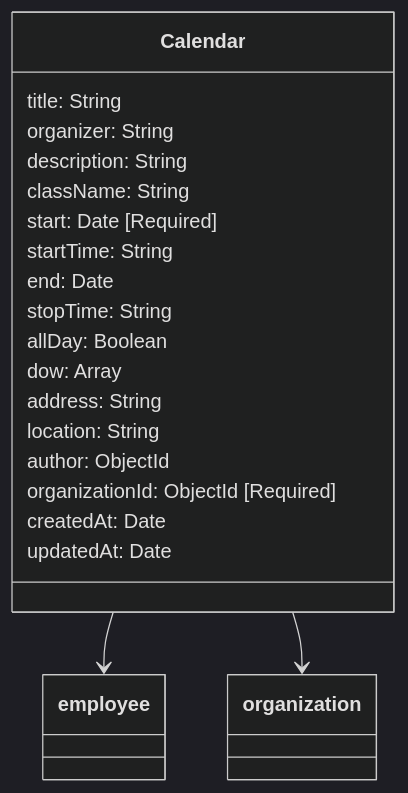
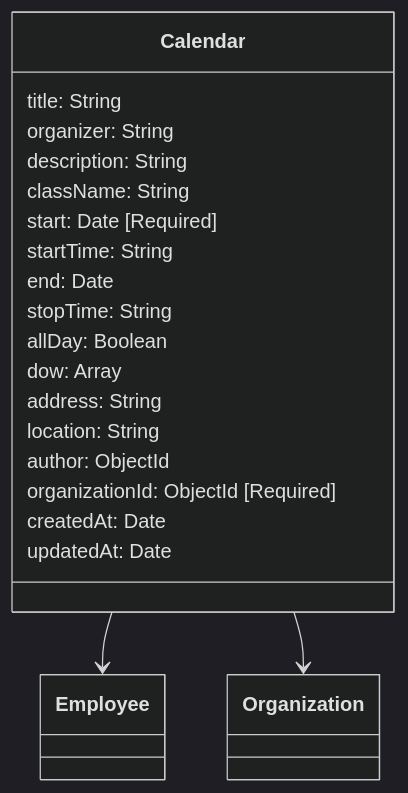
One commit to Budeshi-Products/workflowPadi-Schemas changed the diagram in schema-visualizations/Calendar.mmd. Above: the diagram before and after it, drawn with Mermaid (dark theme). The commit also changed 75 other files, not shown here.

```diff
--- a/schema-visualizations/Calendar.mmd
+++ b/schema-visualizations/Calendar.mmd
@@ -1,22 +1,22 @@
 classDiagram
   class Calendar {
     title: String
     organizer: String
     description: String
     className: String
     start: Date [Required]
     startTime: String
     end: Date
     stopTime: String
     allDay: Boolean
     dow: Array
     address: String
     location: String
     author: ObjectId
     organizationId: ObjectId [Required]
     createdAt: Date
     updatedAt: Date
   }
 
-  Calendar --> employee
-  Calendar --> organization
+  Calendar --> Employee
+  Calendar --> Organization
```
